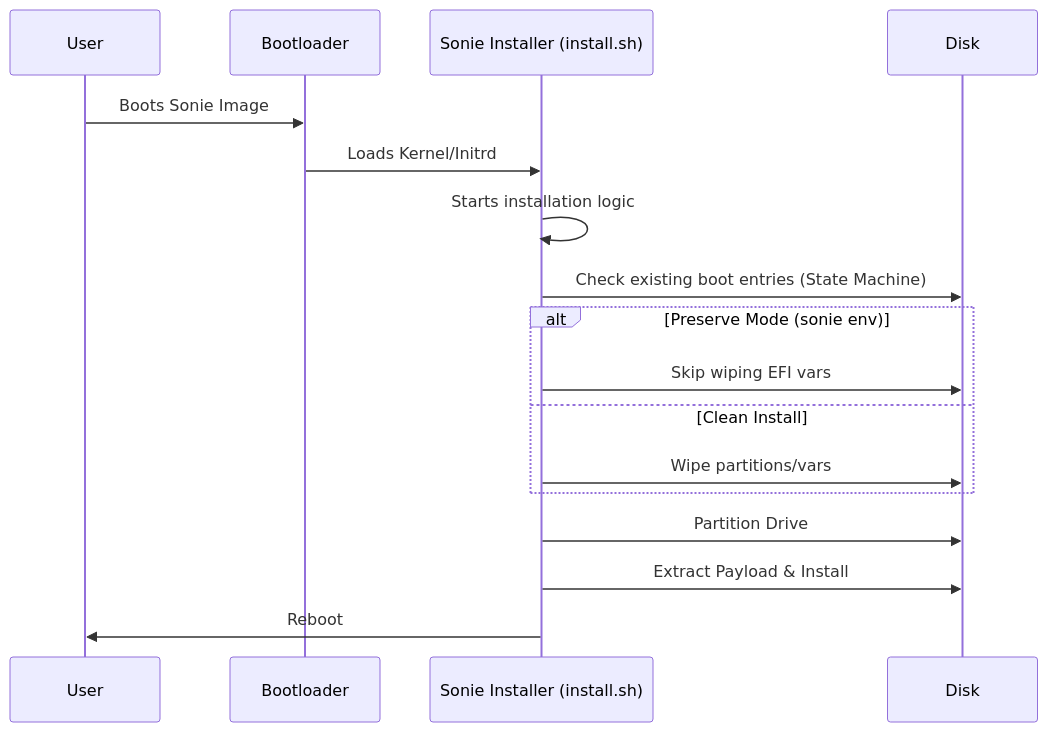
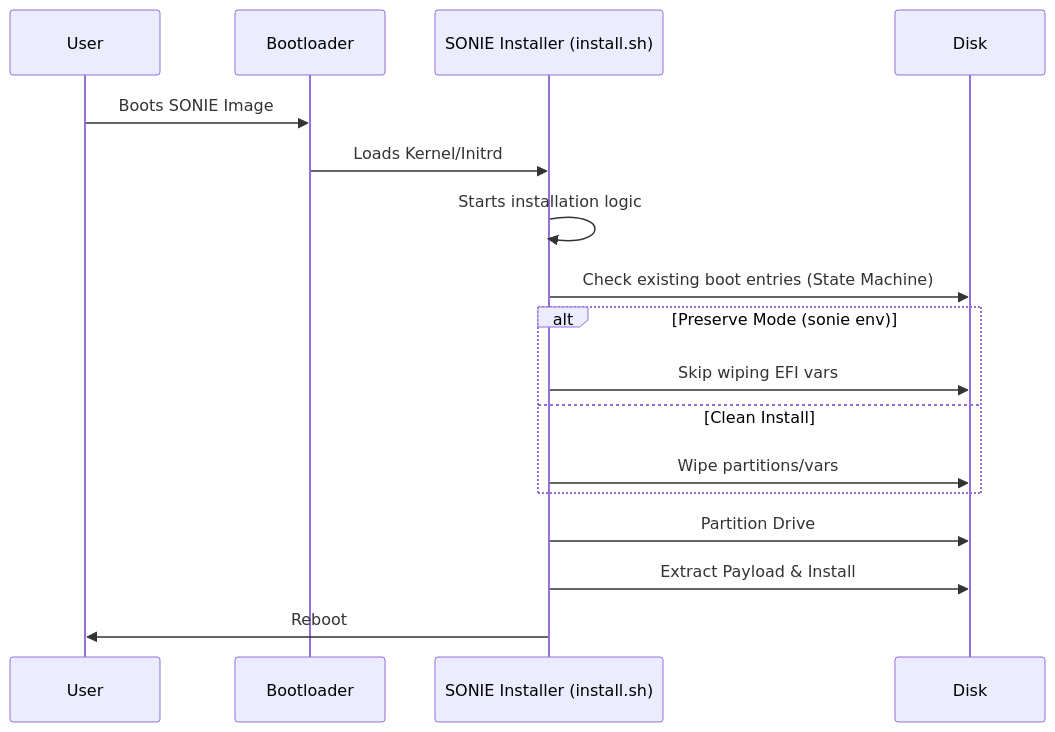
One commit to sonic-net/sonic-buildimage changed the second of 5 diagrams in sonie-installer/docs/sonie_hld.md. Above: the diagram before and after it, drawn with Mermaid. The commit also changed other lines of this file and 4 other files, not shown here.

Commit message:
Add sonie-installer HLD and fix the install script.

````diff
--- a/sonie-installer/docs/sonie_hld.md
+++ b/sonie-installer/docs/sonie_hld.md
@@ -78,20 +78,20 @@
 ```mermaid
 sequenceDiagram
     participant User
     participant Bootloader
-    participant Installer as Sonie Installer (install.sh)
+    participant Installer as SONIE Installer (install.sh)
     participant Disk
 
-    User->>Bootloader: Boots Sonie Image
+    User->>Bootloader: Boots SONIE Image
     Bootloader->>Installer: Loads Kernel/Initrd
     Installer->>Installer: Starts installation logic
     Installer->>Disk: Check existing boot entries (State Machine)
     alt Preserve Mode (sonie env)
         Installer->>Disk: Skip wiping EFI vars
     else Clean Install
         Installer->>Disk: Wipe partitions/vars
     end
     Installer->>Disk: Partition Drive
     Installer->>Disk: Extract Payload & Install
     Installer->>User: Reboot
 ```
````
